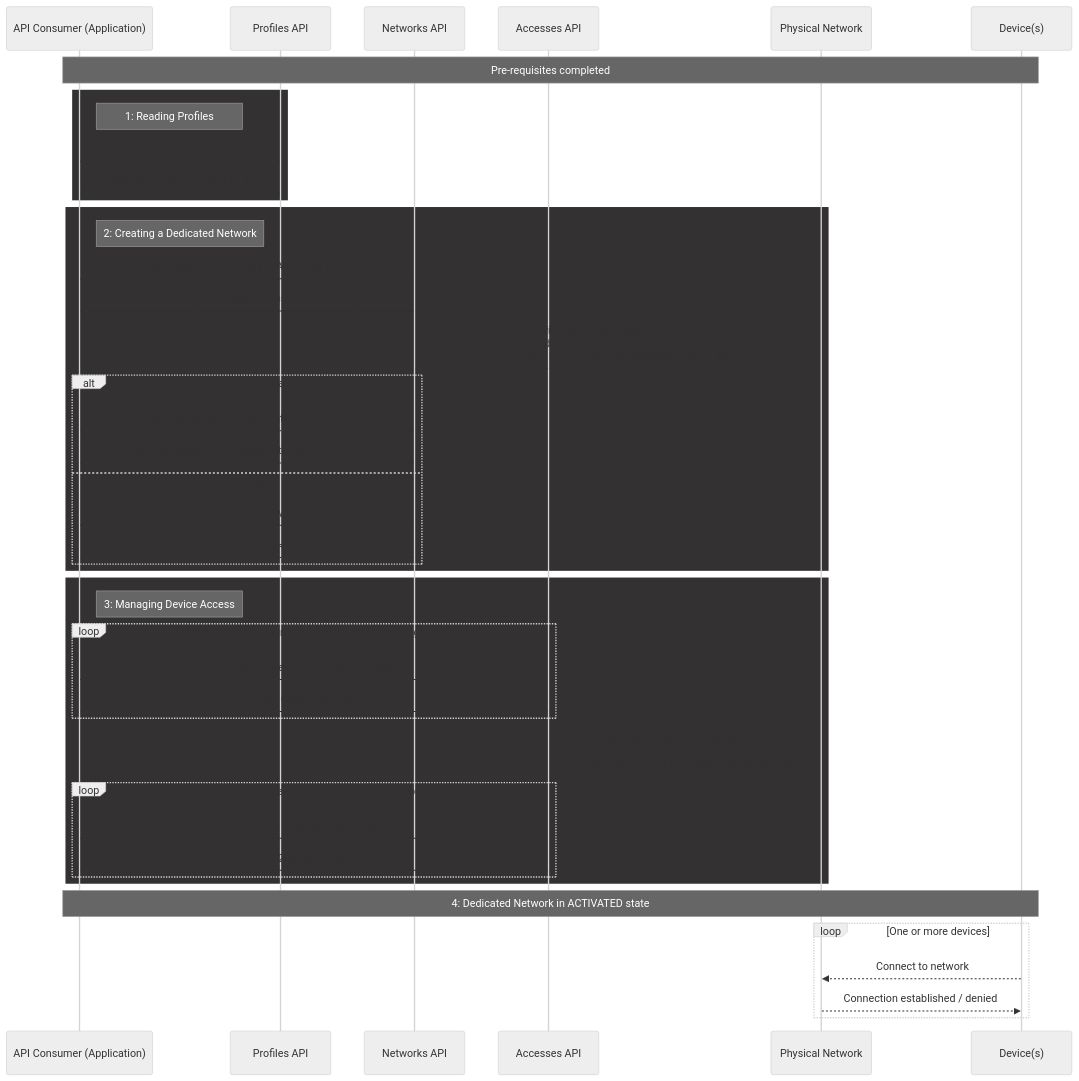
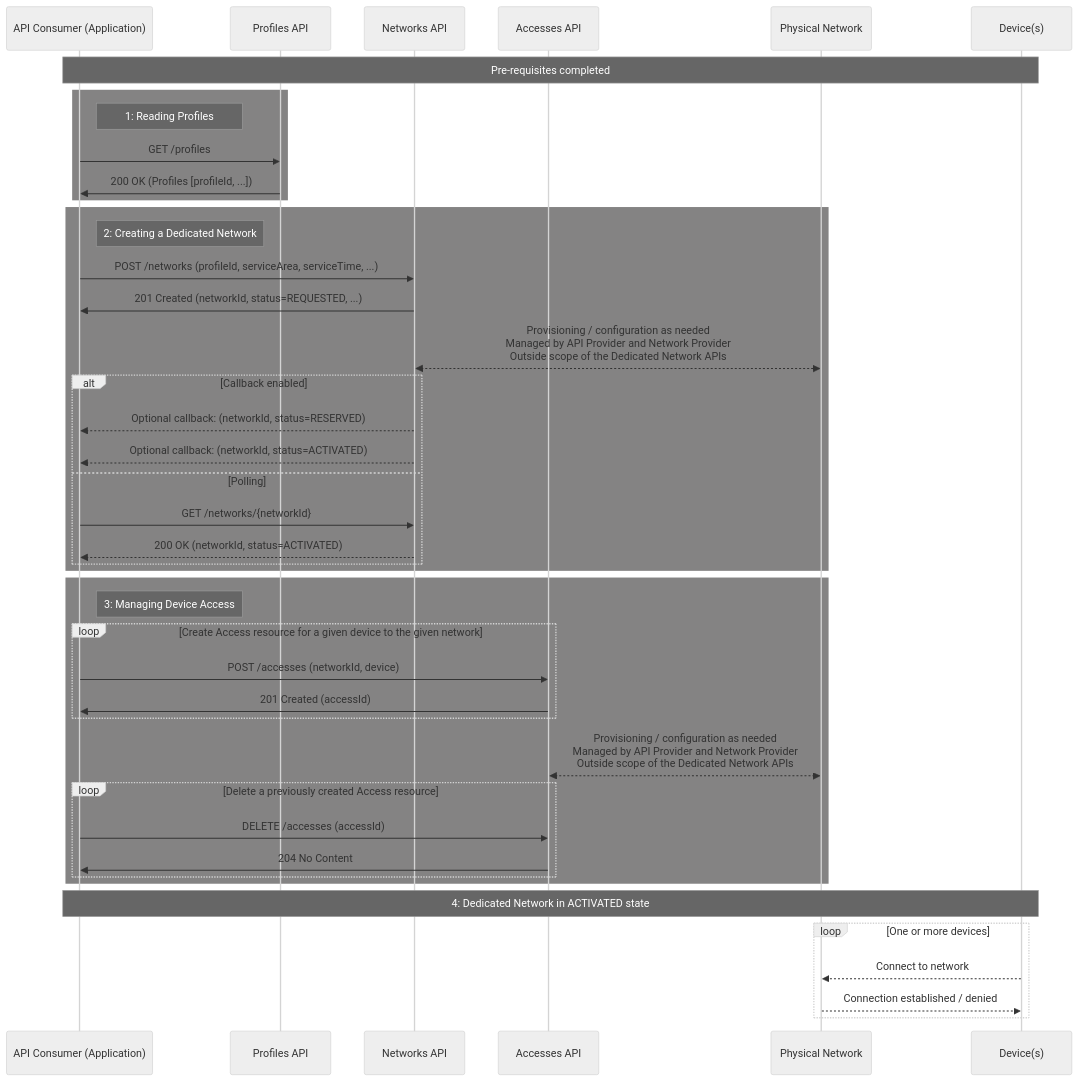
One commit to tlohmar/DedicatedNetworks changed the second of 3 diagrams in documentation/API_documentation/DedicatedNetworks_GeneralDescription.md. Above: the diagram before and after it, drawn with Mermaid (neutral theme).

Commit message:
Adding transparency to box background

````diff
--- a/documentation/API_documentation/DedicatedNetworks_GeneralDescription.md
+++ b/documentation/API_documentation/DedicatedNetworks_GeneralDescription.md
@@ -100,47 +100,47 @@
 ```mermaid
 
 sequenceDiagram
     participant App as API Consumer (Application)
     participant P as Profiles API
     participant N as Networks API
     participant A as Accesses API
     participant Network as Physical Network
     participant D as Device(s)
     Note over App,D: Pre-requisites completed
     
-    rect rgba(51, 49, 49, 1)
+    rect rgba(51, 49, 49, 0.6)
         note right of App: 1: Reading Profiles
         App->>P: GET /profiles
         P->>App: 200 OK (Profiles [profileId, ...])
     end
-    rect rgba(51, 49, 49, 1)
+    rect rgba(51, 49, 49, 0.6)
         note right of App: 2: Creating a Dedicated Network
         App->>N: POST /networks (profileId, serviceArea, serviceTime, ...)
         N->>App: 201 Created (networkId, status=REQUESTED, ...)
          N <<-->> Network: Provisioning / configuration as needed<br> Managed by API Provider and Network Provider<br>  Outside scope of the Dedicated Network APIs
         alt Callback enabled
             N-->>App: Optional callback: (networkId, status=RESERVED)
             N-->>App: Optional callback: (networkId, status=ACTIVATED)
         else Polling
             App->>N: GET /networks/{networkId}
             N-->>App: 200 OK (networkId, status=ACTIVATED)
         end
     end
-    rect rgba(51, 49, 49, 1)
+    rect rgba(51, 49, 49, 0.6)
         note right of App: 3: Managing Device Access
         loop Create Access resource for a given device to the given network
             App->>A: POST /accesses (networkId, device)
             A->>App: 201 Created (accessId)
         end
         A <<-->> Network: Provisioning / configuration as needed<br> Managed by API Provider and Network Provider<br>  Outside scope of the Dedicated Network APIs
         loop Delete a previously created Access resource
             App->>A: DELETE /accesses (accessId)
             A->>App: 204 No Content
         end
     end
     Note over App,D: 4: Dedicated Network in ACTIVATED state
     loop One or more devices
         D-->>Network: Connect to network
         Network-->>D: Connection established / denied
     end
 ```
````
